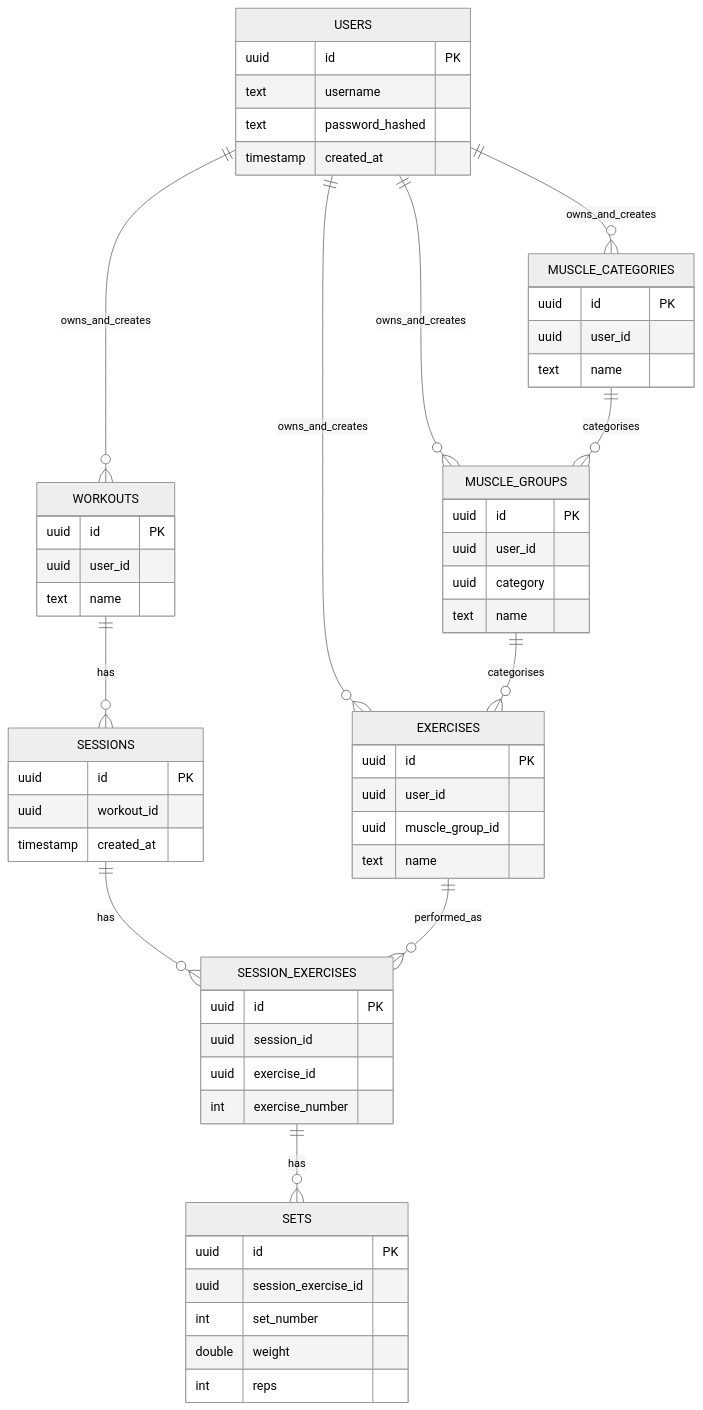
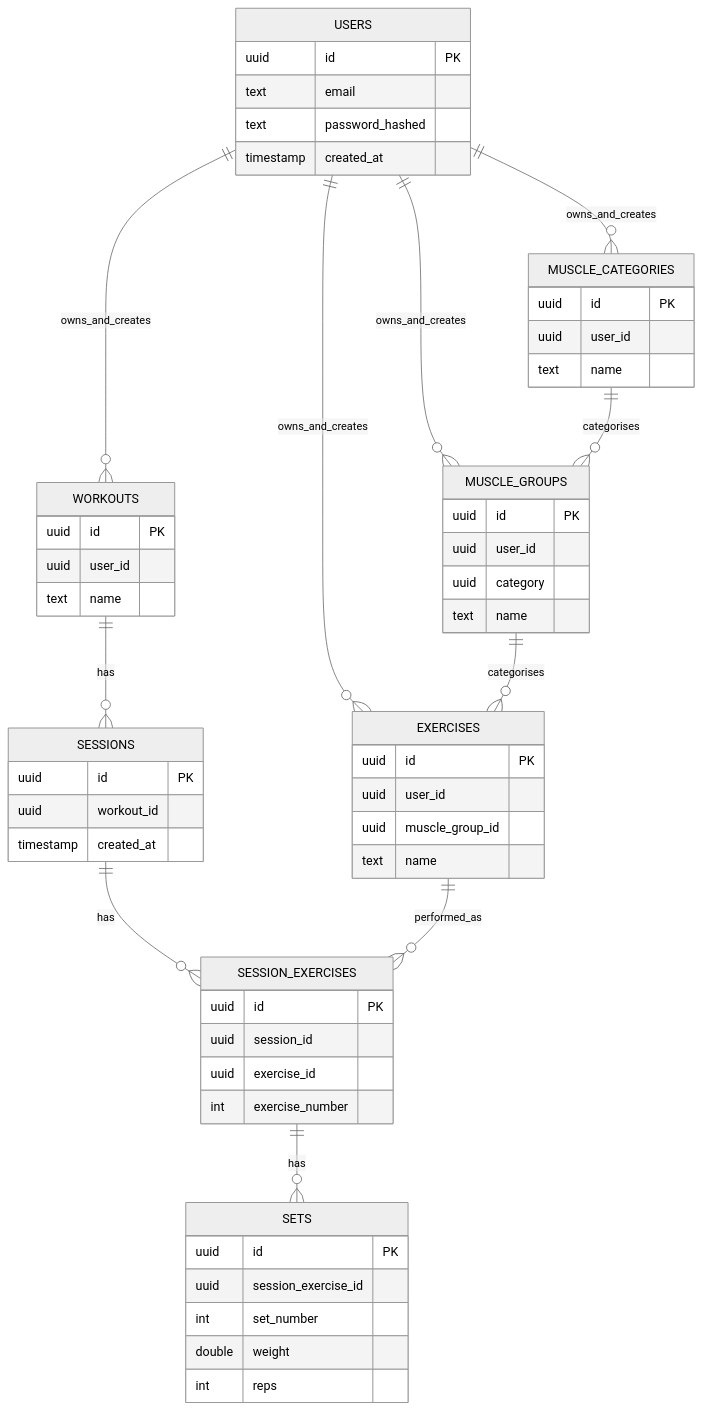
One commit to timviney/trakr-fitness changed the second of 3 diagrams in README.md. Above: the diagram before and after it, drawn with Mermaid (neutral theme). The commit also changed 18 other files, not shown here.

Commit message:
Refactor authentication to use email instead of username for login and registration

````diff
--- a/README.md
+++ b/README.md
@@ -39,69 +39,69 @@
 ```mermaid
 erDiagram
     USERS {
         uuid id PK
-        text username
+        text email
         text password_hashed
         timestamp created_at
     }
 
     MUSCLE_CATEGORIES {
         uuid id PK
         uuid user_id
         text name
     }
 
     MUSCLE_GROUPS {
         uuid id PK
         uuid user_id
         uuid category
         text name
     }
 
     EXERCISES {
         uuid id PK
         uuid user_id
         uuid muscle_group_id
         text name
     }
 
     WORKOUTS {
         uuid id PK
         uuid user_id
         text name
     }
 
     SESSIONS {
         uuid id PK
         uuid workout_id
         timestamp created_at
     }
 
     SESSION_EXERCISES {
         uuid id PK
         uuid session_id
         uuid exercise_id
         int exercise_number
     }
 
     SETS {
         uuid id PK
         uuid session_exercise_id
         int set_number
         double weight
         int reps
     }
 
     USERS ||--o{ WORKOUTS : owns_and_creates
     USERS ||--o{ EXERCISES : owns_and_creates
     USERS ||--o{ MUSCLE_CATEGORIES : owns_and_creates
     USERS ||--o{ MUSCLE_GROUPS : owns_and_creates
 
     MUSCLE_CATEGORIES ||--o{ MUSCLE_GROUPS : categorises
     MUSCLE_GROUPS ||--o{ EXERCISES : categorises
 
     WORKOUTS ||--o{ SESSIONS : has
     SESSIONS ||--o{ SESSION_EXERCISES : has
     EXERCISES ||--o{ SESSION_EXERCISES : performed_as
     SESSION_EXERCISES ||--o{ SETS : has
 ```
````
